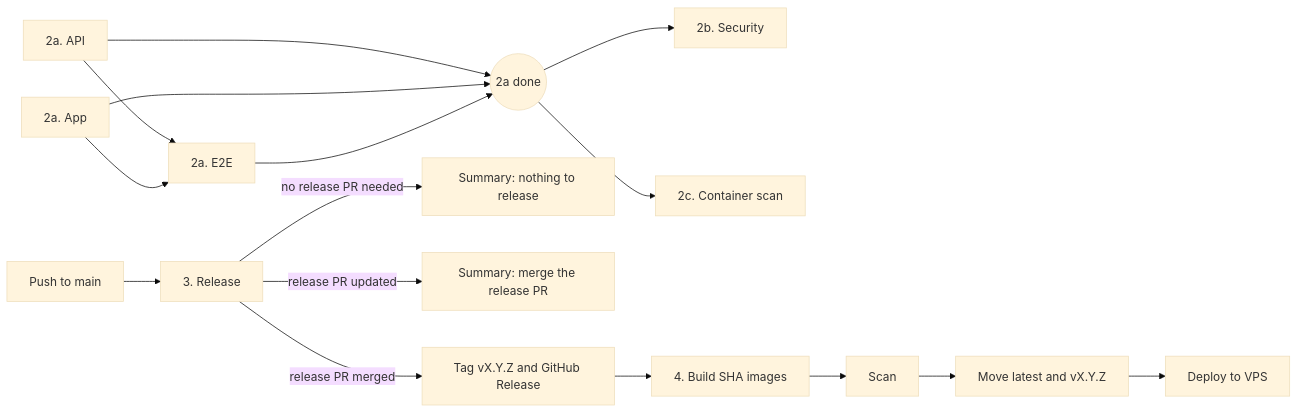
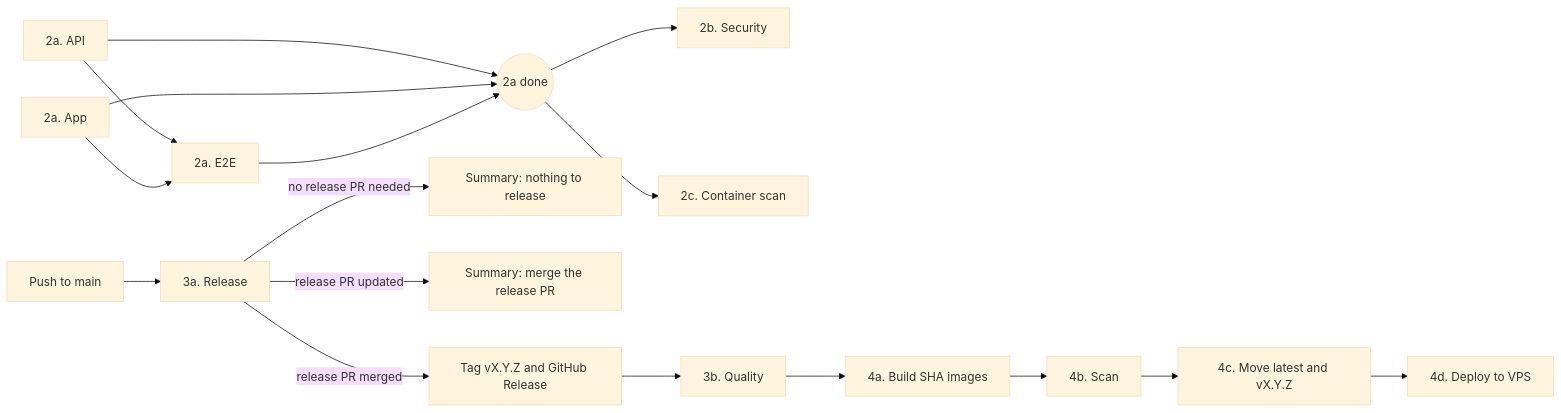
The diagram in docs/ci.md (thiagobraga/planner), drawn with Mermaid (base theme) before and after one commit. The commit also changed other lines of this file, not shown here.

````diff
--- a/docs/ci.md
+++ b/docs/ci.md
@@ -17,15 +17,15 @@
 ```mermaid
 flowchart LR
   api[2a. API] --> e2e[2a. E2E]
   app[2a. App] --> e2e
   api --> q((2a done))
   app --> q
   e2e --> q
   q --> sec[2b. Security]
   q --> cs[2c. Container scan]
-  main[Push to main] --> rel[3. Release]
+  main[Push to main] --> rel[3a. Release]
   rel -->|no release PR needed| nothing[Summary: nothing to release]
   rel -->|release PR updated| prn[Summary: merge the release PR]
   rel -->|release PR merged| tag[Tag vX.Y.Z and GitHub Release]
-  tag --> build[4. Build SHA images] --> scan[Scan] --> promote[Move latest and vX.Y.Z] --> vps[Deploy to VPS]
+  tag --> gate[3b. Quality] --> build[4a. Build SHA images] --> scan[4b. Scan] --> promote[4c. Move latest and vX.Y.Z] --> vps[4d. Deploy to VPS]
 ```
````
